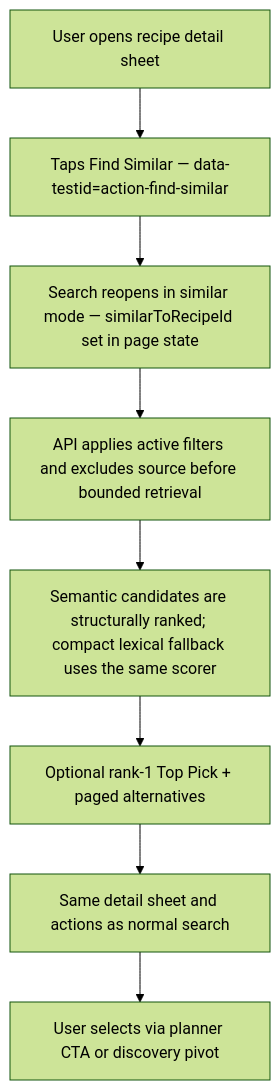
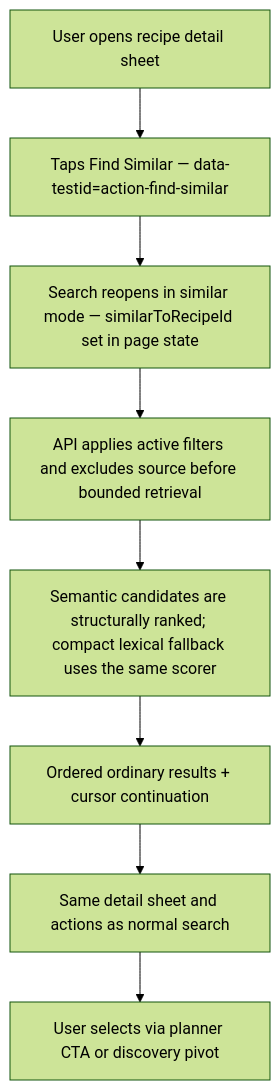
Before and after one commit to AlexandreBrisebois/whats-for-supper: the fourth of 6 diagrams in docs/flows/user-flows/recipe-search-and-library-recovery.md, drawn with Mermaid (forest theme). The commit also changed other lines of this file and 138 other files, not shown here.

Commit message:
feat: unify recipe browsing and search with refined planning flows

````diff
--- a/docs/flows/user-flows/recipe-search-and-library-recovery.md
+++ b/docs/flows/user-flows/recipe-search-and-library-recovery.md
@@ -191,10 +197,10 @@
 ```mermaid
 flowchart TD
     A[User opens recipe detail sheet] --> B[Taps Find Similar — data-testid=action-find-similar]
     B --> C[Search reopens in similar mode — similarToRecipeId set in page state]
     C --> D[API applies active filters and excludes source before bounded retrieval]
     D --> E[Semantic candidates are structurally ranked; compact lexical fallback uses the same scorer]
-    E --> F[Optional rank-1 Top Pick + paged alternatives]
+    E --> F[Ordered ordinary results + cursor continuation]
     F --> G[Same detail sheet and actions as normal search]
     G --> H[User selects via planner CTA or discovery pivot]
 ```
````
